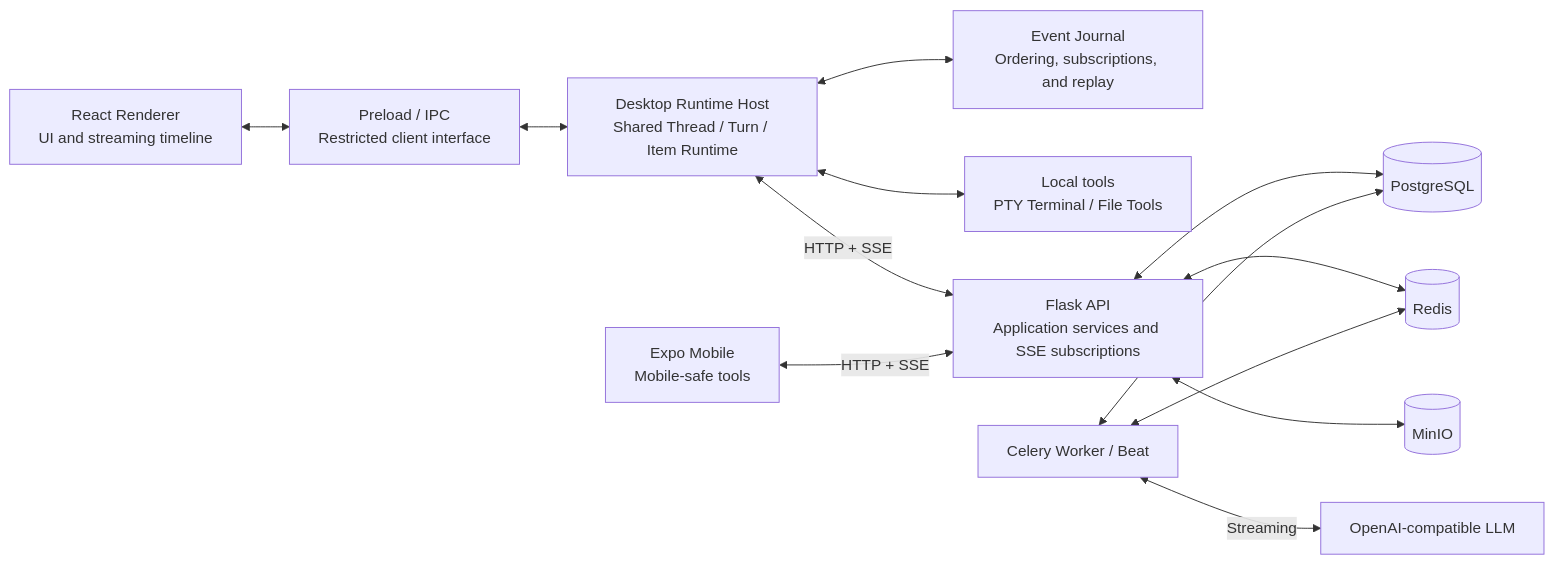
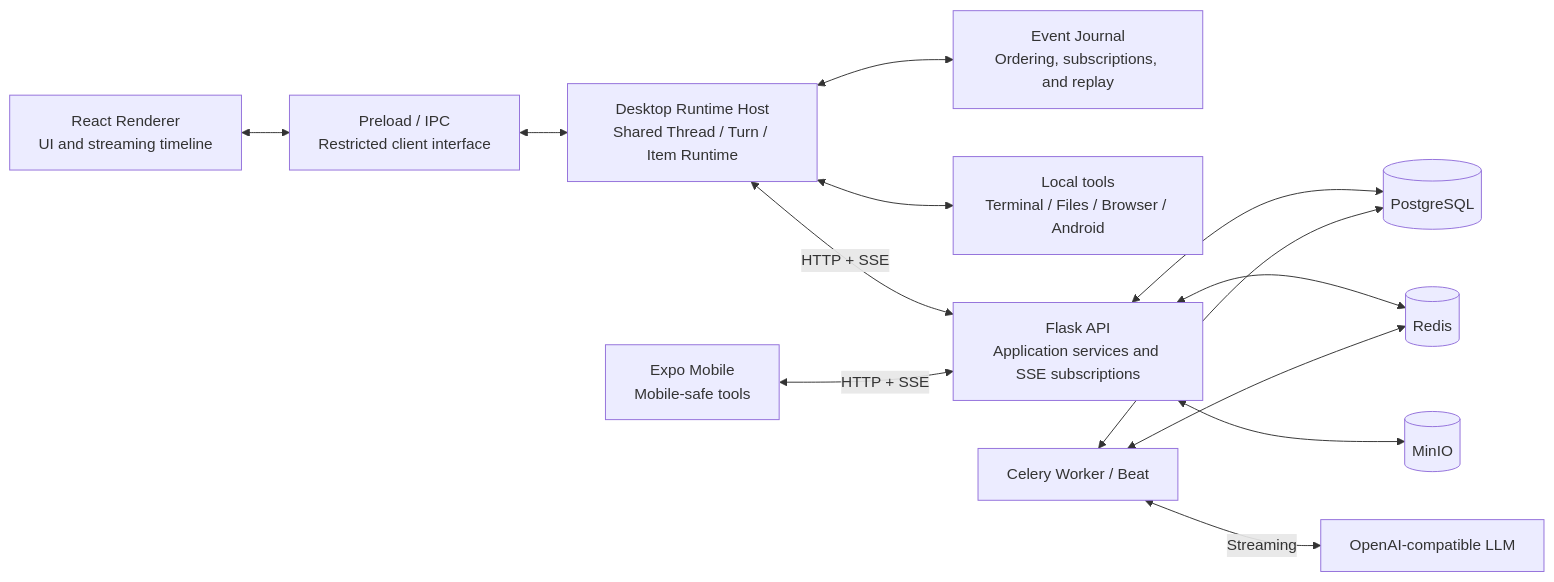
The first of 3 diagrams in README.en.md (Covfefeable/ohmycode), drawn with Mermaid before and after one commit. The commit also changed other lines of this file and 2 other files, not shown here.

Commit message:
docs: 更新安卓实机截图并精简首页展示

````diff
--- a/README.en.md
+++ b/README.en.md
@@ -95,28 +108,28 @@
 ```mermaid
 flowchart LR
     UI[React Renderer<br/>UI and streaming timeline]
     IPC[Preload / IPC<br/>Restricted client interface]
     RT[Desktop Runtime Host<br/>Shared Thread / Turn / Item Runtime]
     JOURNAL[Event Journal<br/>Ordering, subscriptions, and replay]
-    TOOLS[Local tools<br/>PTY Terminal / File Tools]
+    TOOLS[Local tools<br/>Terminal / Files / Browser / Android]
     API[Flask API<br/>Application services and SSE subscriptions]
     MODEL[OpenAI-compatible LLM]
     DB[(PostgreSQL)]
     CACHE[(Redis)]
     OBJECT[(MinIO)]
     WORKER[Celery Worker / Beat]
     MOBILE[Expo Mobile<br/>Mobile-safe tools]
 
     UI <--> IPC
     IPC <--> RT
     RT <--> JOURNAL
     RT <--> TOOLS
     RT <-->|HTTP + SSE| API
     WORKER <-->|Streaming| MODEL
     API <--> DB
     API <--> CACHE
     API <--> OBJECT
     WORKER <--> DB
     WORKER <--> CACHE
     MOBILE <-->|HTTP + SSE| API
 ```
````
